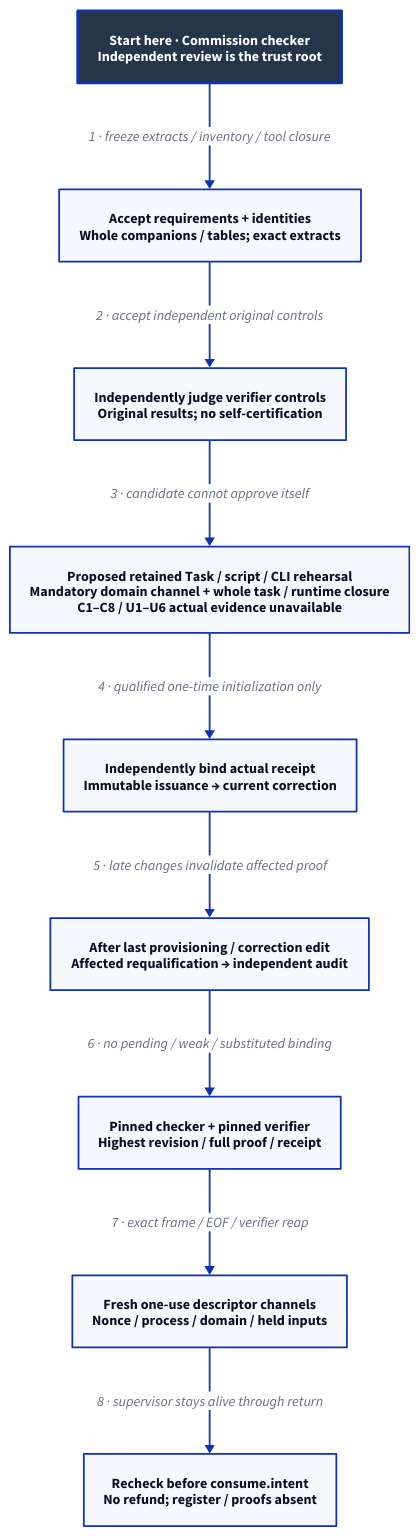
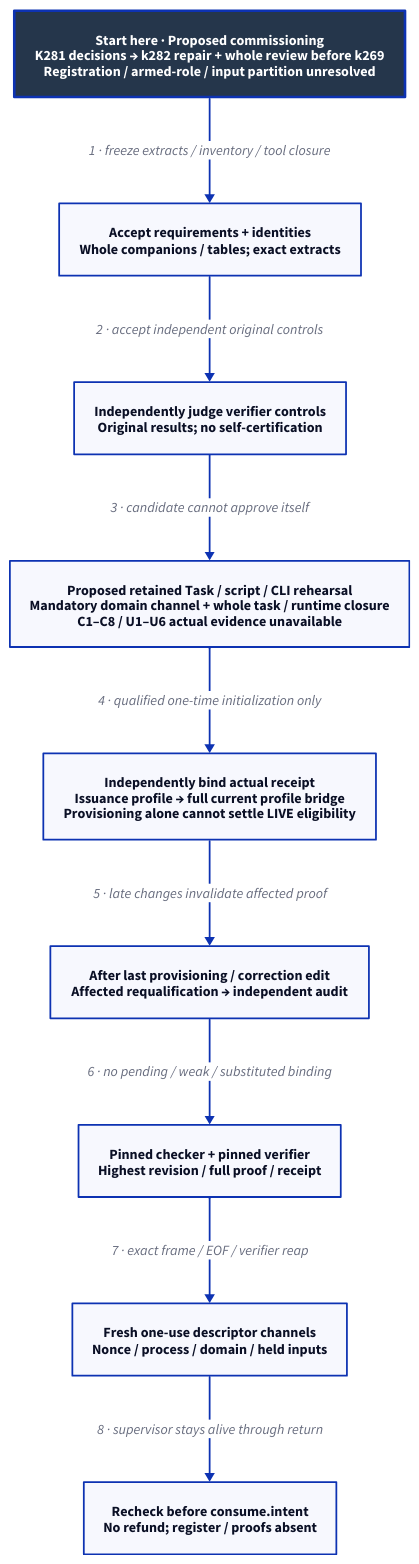
Before and after one commit to Linkuistics/Koine: the diagram in docs/design/architecture/native-reference-proof.d2, drawn with D2. The commit also changed 51 other files, not shown here.

Commit message:
Integrate admission review, repair profile/RPC/supervision/export contracts, and place decision/design work before construction (reference-evidence-admission-repair-k280)

```diff
--- a/docs/design/architecture/native-reference-proof.d2
+++ b/docs/design/architecture/native-reference-proof.d2
@@ -1,22 +1,22 @@
 # Proposed dependency flow; root, tools and controls remain unqualified.
 direction: down
 classes: {
   start: {style: {fill: "#25364B"; font-color: "#FFFFFF"; bold: true; stroke-width: 3}}
 }
-Start: "Start here · Commission checker\nIndependent review is the trust root" {class: start}
+Start: "Start here · Proposed commissioning\nK281 decisions → k282 repair + whole review before k269\nRegistration / armed-role / input partition unresolved" {class: start}
 Revision: "Accept requirements + identities\nWhole companions / tables; exact extracts"
 Self: "Independently judge verifier controls\nOriginal results; no self-certification"
 Qualification: "Proposed retained Task / script / CLI rehearsal\nMandatory domain channel + whole task / runtime closure\nC1–C8 / U1–U6 actual evidence unavailable"
-Receipt: "Independently bind actual receipt\nImmutable issuance → current correction"
+Receipt: "Independently bind actual receipt\nIssuance profile → full current profile bridge\nProvisioning alone cannot settle LIVE eligibility"
 Final: "After last provisioning / correction edit\nAffected requalification → independent audit"
 Checker: "Pinned checker + pinned verifier\nHighest revision / full proof / receipt"
 Channel: "Fresh one-use descriptor channels\nNonce / process / domain / held inputs"
 Boundary: "Recheck before consume.intent\nNo refund; register / proofs absent"
 Start -> Revision: "1 · freeze extracts / inventory / tool closure"
 Revision -> Self: "2 · accept independent original controls"
 Self -> Qualification: "3 · candidate cannot approve itself"
 Qualification -> Receipt: "4 · qualified one-time initialization only"
 Receipt -> Final: "5 · late changes invalidate affected proof"
 Final -> Checker: "6 · no pending / weak / substituted binding"
 Checker -> Channel: "7 · exact frame / EOF / verifier reap"
 Channel -> Boundary: "8 · supervisor stays alive through return"
```
